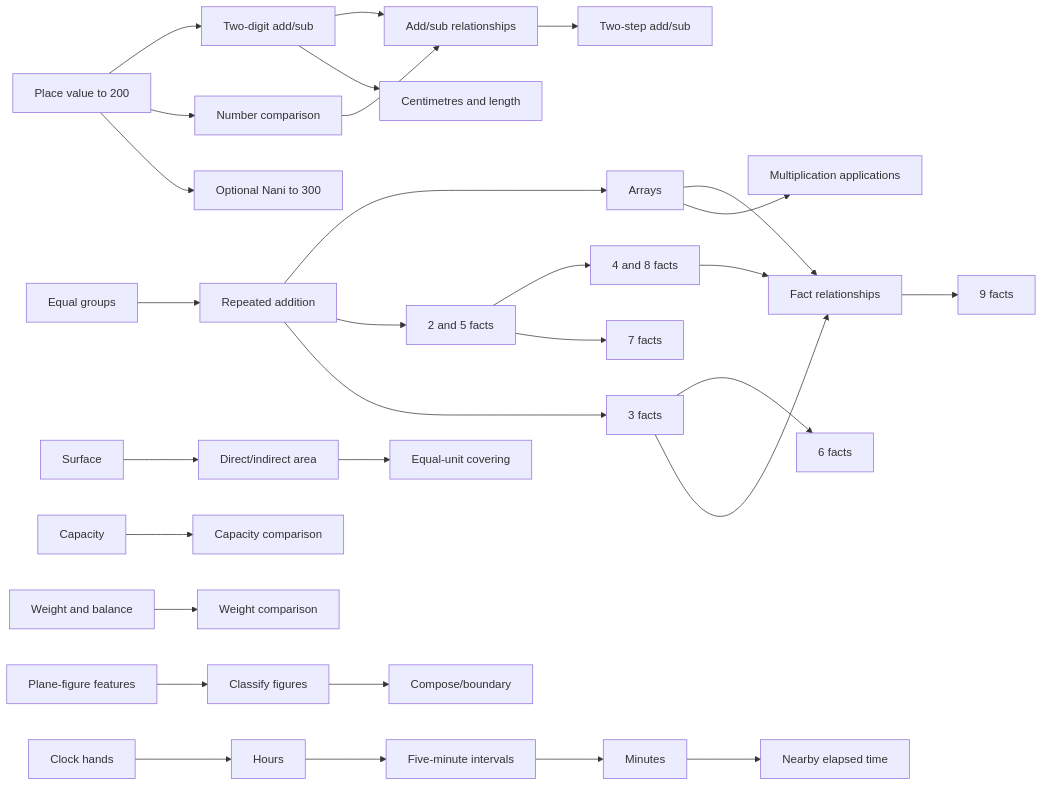
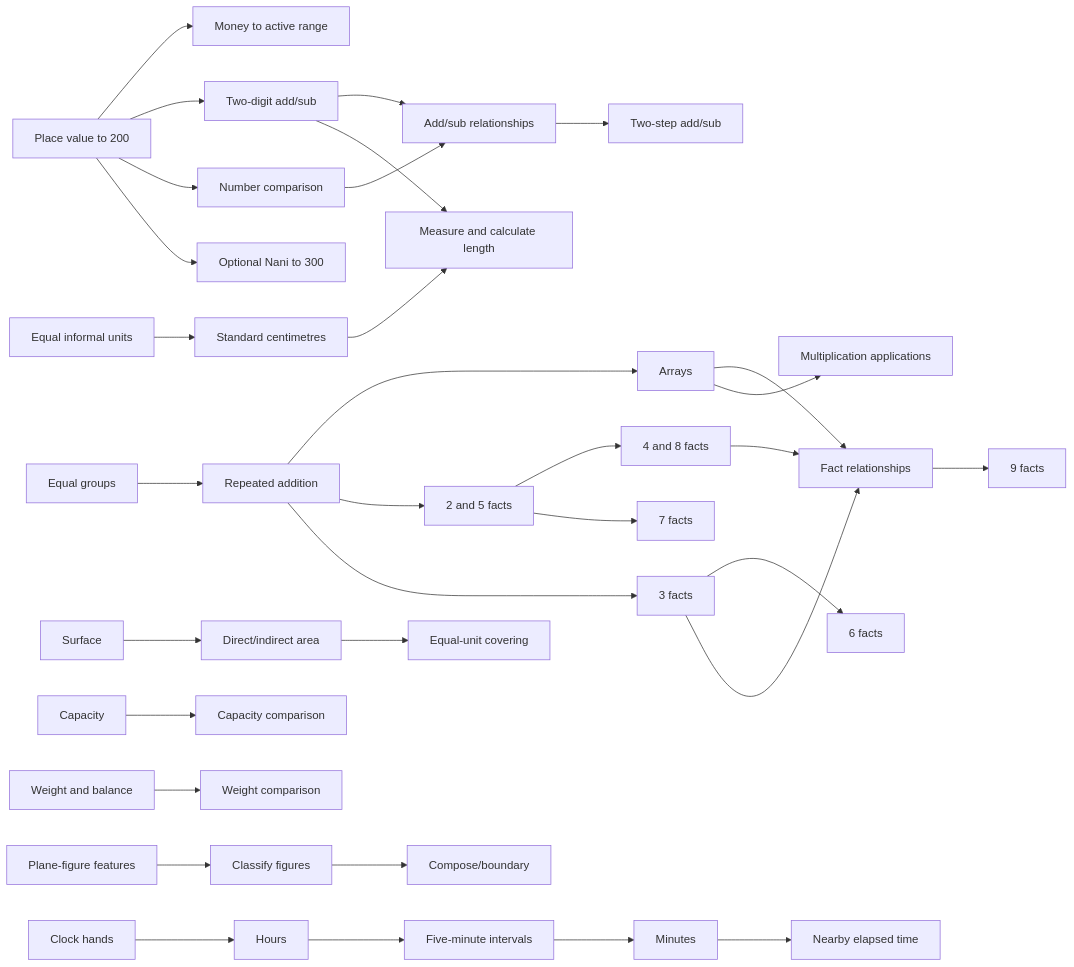
Before and after one commit to sywu0820-max/NumberQuest: the diagram in docs/GRADE_2A_CURRICULUM_FOUNDATION.md, drawn with Mermaid. The commit also changed other lines of this file and 2 other files, not shown here.

````diff
--- a/docs/GRADE_2A_CURRICULUM_FOUNDATION.md
+++ b/docs/GRADE_2A_CURRICULUM_FOUNDATION.md
@@ -49,33 +53,36 @@
 ```mermaid
 flowchart LR
-  P200[Place value to 200] --> AS[Two-digit add/sub]
+  P200[Place value to 200] --> MONEY[Money to active range]
+  P200 --> AS[Two-digit add/sub]
   P200 --> CMP[Number comparison]
   P200 --> P300[Optional Nani to 300]
   AS --> REL[Add/sub relationships]
   CMP --> REL
-  AS --> LEN[Centimetres and length]
+  INFORMAL[Equal informal units] --> CM[Standard centimetres]
+  CM --> LEN[Measure and calculate length]
+  AS --> LEN
   REL --> TWO[Two-step add/sub]
 
   EG[Equal groups] --> RA[Repeated addition]
   RA --> ARR[Arrays]
   RA --> F2[2 and 5 facts]
   F2 --> F4[4 and 8 facts]
   RA --> F3[3 facts]
   F3 --> F6[6 facts]
   F2 --> F7[7 facts]
   ARR --> FR[Fact relationships]
   F4 --> FR
   F3 --> FR
   FR --> F9[9 facts]
   ARR --> MA[Multiplication applications]
 
   CH[Clock hands] --> HR[Hours]
   HR --> M5[Five-minute intervals]
   M5 --> M1[Minutes]
   M1 --> EL[Nearby elapsed time]
 
   CAP[Capacity] --> CAPC[Capacity comparison]
   WT[Weight and balance] --> WTC[Weight comparison]
   SURF[Surface] --> AREA[Direct/indirect area] --> COVER[Equal-unit covering]
   PF[Plane-figure features] --> CLASS[Classify figures] --> BOUND[Compose/boundary]
 ```
````
